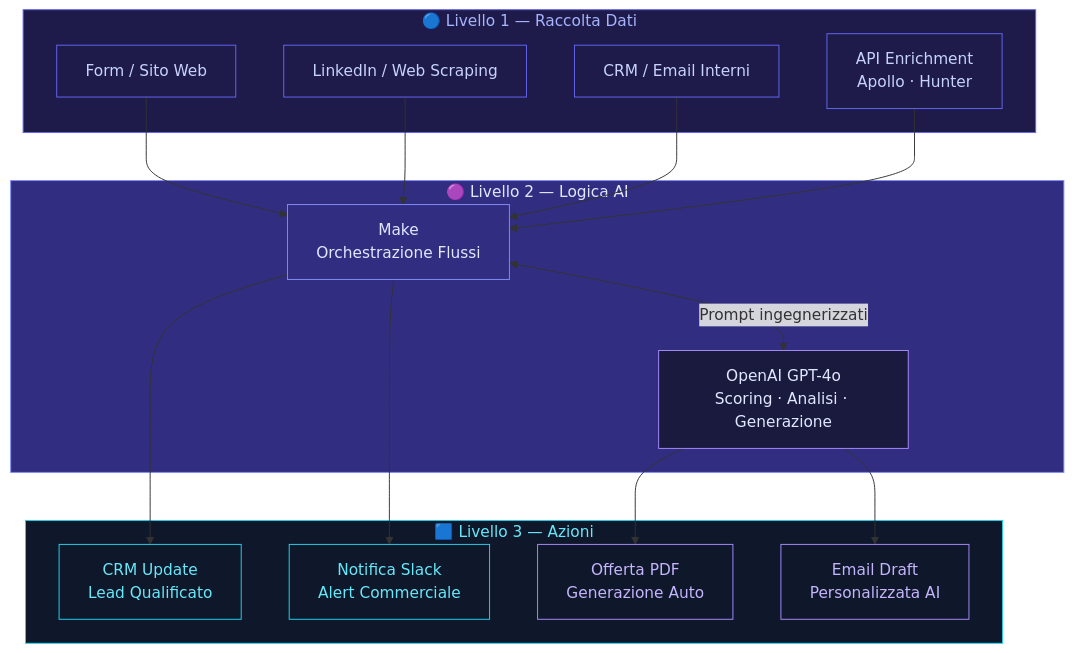
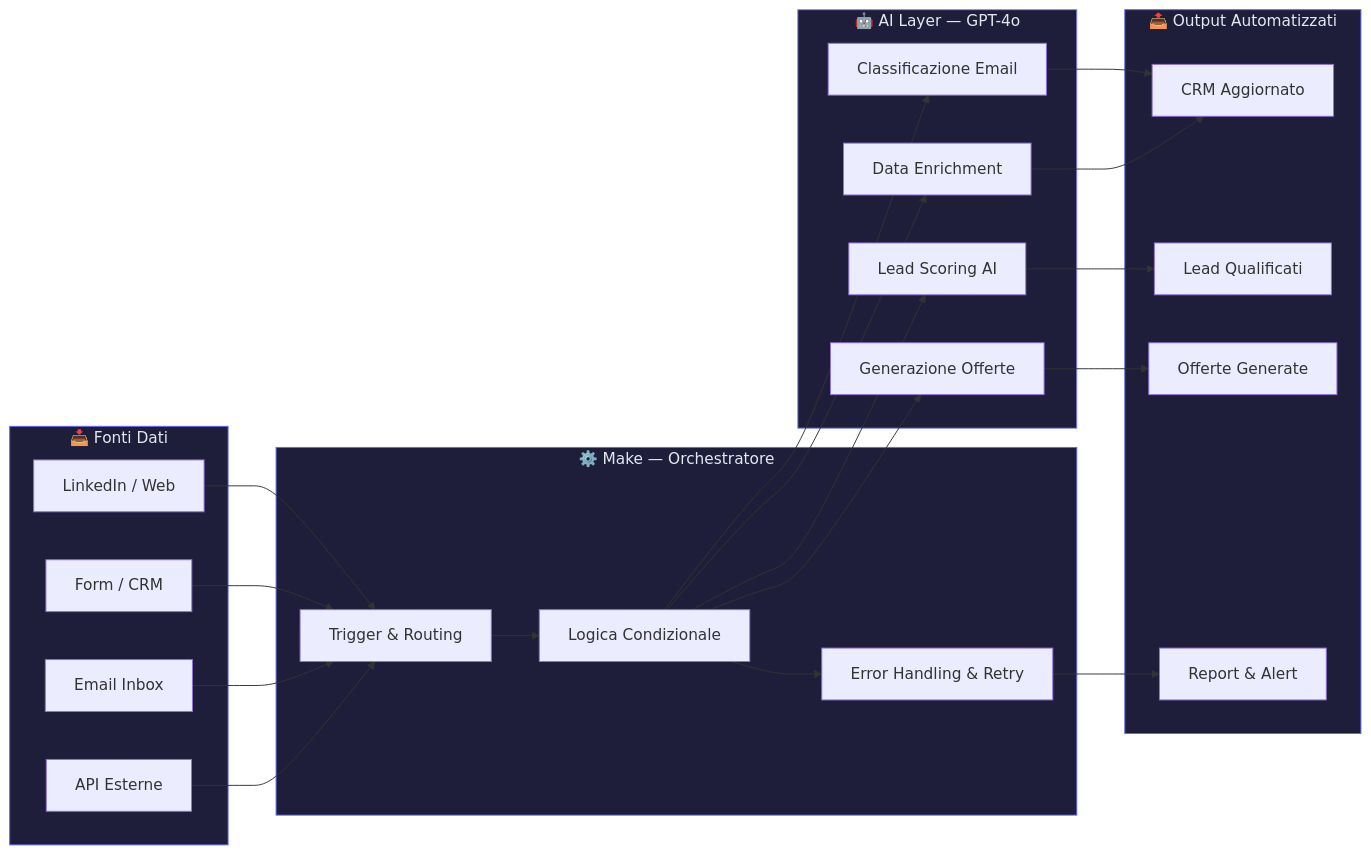
One commit to cryptogoldit/skalo-agency-guides changed the diagram in guide/automatizzare-processi-ai.md. Above: the diagram before and after it, drawn with Mermaid. The commit also changed other lines of this file, not shown here.

````diff
--- a/guide/automatizzare-processi-ai.md
+++ b/guide/automatizzare-processi-ai.md
@@ -74,45 +81,50 @@
 ```mermaid
-flowchart TD
-    subgraph L1["🔵 Livello 1 — Raccolta Dati"]
-        A[Form / Sito Web]
-        B[LinkedIn / Web Scraping]
-        C[CRM / Email Interni]
-        D[API Enrichment\nApollo · Hunter]
+flowchart LR
+    subgraph FONTI["📥 Fonti Dati"]
+        A1[LinkedIn / Web]
+        A2[Form / CRM]
+        A3[Email Inbox]
+        A4[API Esterne]
     end
 
-    subgraph L2["🟣 Livello 2 — Logica AI"]
-        E[Make\nOrchestrazione Flussi]
-        F[OpenAI GPT-4o\nScoring · Analisi · Generazione]
+    subgraph MAKE["⚙️ Make — Orchestratore"]
+        B1[Trigger & Routing]
+        B2[Logica Condizionale]
+        B3[Error Handling & Retry]
     end
 
-    subgraph L3["🟦 Livello 3 — Azioni"]
-        G[CRM Update\nLead Qualificato]
-        H[Notifica Slack\nAlert Commerciale]
-        I[Offerta PDF\nGenerazione Auto]
-        J[Email Draft\nPersonalizzata AI]
+    subgraph AI["🤖 AI Layer — GPT-4o"]
+        C1[Lead Scoring AI]
+        C2[Classificazione Email]
+        C3[Generazione Offerte]
+        C4[Data Enrichment]
     end
 
-    A --> E
-    B --> E
-    C --> E
-    D --> E
-    E <-->|Prompt ingegnerizzati| F
-    E --> G
-    E --> H
-    F --> I
-    F --> J
+    subgraph OUTPUT["📤 Output Automatizzati"]
+        D1[CRM Aggiornato]
+        D2[Lead Qualificati]
+        D3[Offerte Generate]
+        D4[Report & Alert]
+    end
 
-    style L1 fill:#1e1b4b,stroke:#6366f1,color:#a5b4fc
-    style L2 fill:#312e81,stroke:#818cf8,color:#e0e7ff
-    style L3 fill:#0f172a,stroke:#22d3ee,color:#67e8f9
-    style A fill:#1e1b4b,stroke:#6366f1,color:#c7d2fe
-    style B fill:#1e1b4b,stroke:#6366f1,color:#c7d2fe
-    style C fill:#1e1b4b,stroke:#6366f1,color:#c7d2fe
-    style D fill:#1e1b4b,stroke:#6366f1,color:#c7d2fe
-    style E fill:#312e81,stroke:#818cf8,color:#e0e7ff
-    style F fill:#1a1a3e,stroke:#a78bfa,color:#e0e7ff
-    style G fill:#0f172a,stroke:#22d3ee,color:#67e8f9
-    style H fill:#0f172a,stroke:#22d3ee,color:#67e8f9
-    style I fill:#0f172a,stroke:#a78bfa,color:#c4b5fd
-    style J fill:#0f172a,stroke:#a78bfa,color:#c4b5fd
+    A1 --> B1
+    A2 --> B1
+    A3 --> B1
+    A4 --> B1
+    B1 --> B2
+    B2 --> B3
+    B2 --> C1
+    B2 --> C2
+    B2 --> C3
+    B2 --> C4
+    C1 --> D2
+    C2 --> D1
+    C3 --> D3
+    C4 --> D1
+    B3 --> D4
+
+    style FONTI fill:#1e1e3a,stroke:#6366f1,color:#e2e8f0
+    style MAKE fill:#1e1e3a,stroke:#6366f1,color:#e2e8f0
+    style AI fill:#1e1e3a,stroke:#818cf8,color:#e2e8f0
+    style OUTPUT fill:#1e1e3a,stroke:#6366f1,color:#e2e8f0
 ```
````
